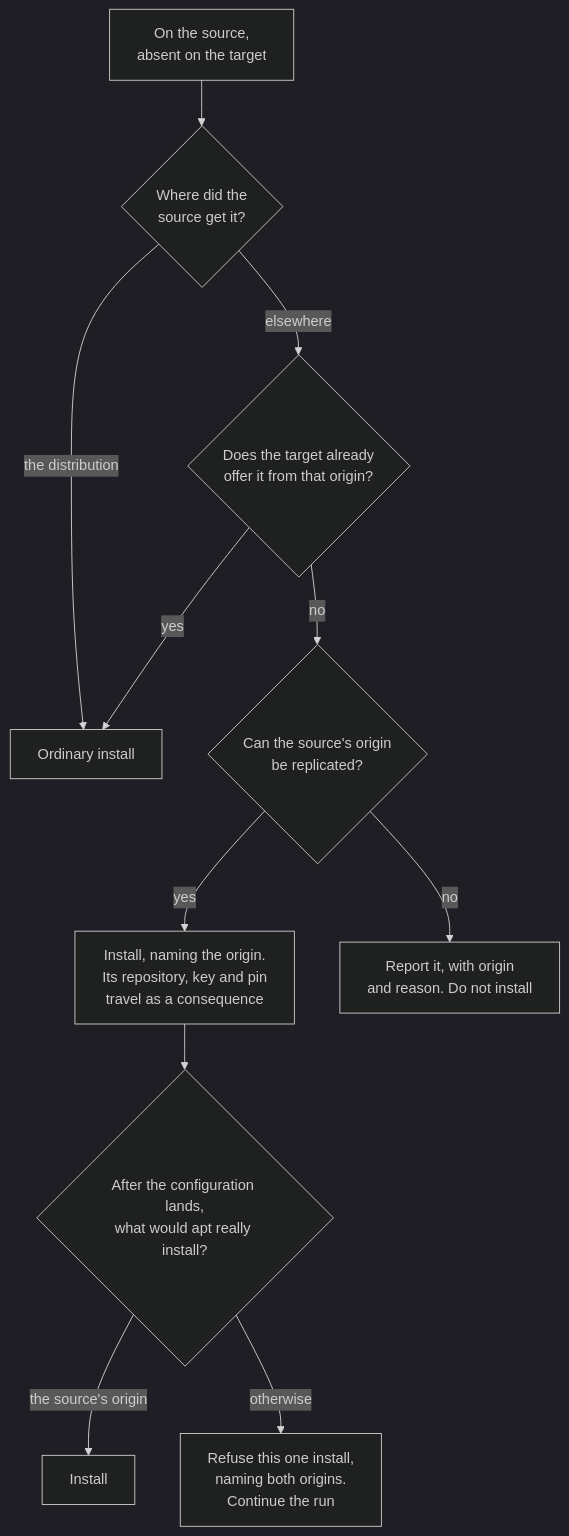
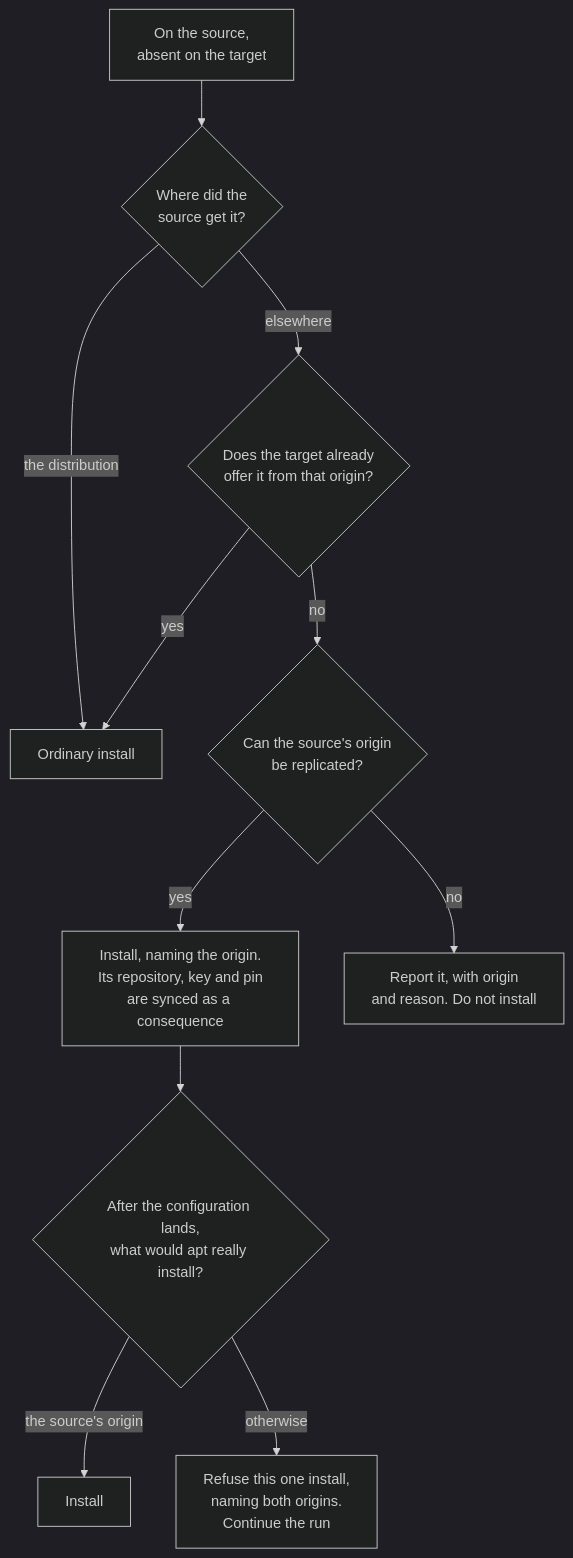
Before and after one commit to flaksit/pc-switcher: the second of 2 diagrams in docs/planning/package-sync-user-requirements.md, drawn with Mermaid (dark theme). The commit also changed other lines of this file and 2 other files, not shown here.

First line of the commit message:
docs(packages): sideloaded snaps ignored entirely; "synced", not "travel"

````diff
--- a/docs/planning/package-sync-user-requirements.md
+++ b/docs/planning/package-sync-user-requirements.md
@@ -111,13 +111,13 @@
 ```mermaid
 flowchart TD
     A["On the source,<br/>absent on the target"] --> B{"Where did the<br/>source get it?"}
     B -->|"the distribution"| C["Ordinary install"]
     B -->|"elsewhere"| D{"Does the target already<br/>offer it from that origin?"}
     D -->|yes| C
     D -->|no| E{"Can the source's origin<br/>be replicated?"}
-    E -->|yes| F["Install, naming the origin.<br/>Its repository, key and pin<br/>travel as a consequence"]
+    E -->|yes| F["Install, naming the origin.<br/>Its repository, key and pin<br/>are synced as a consequence"]
     E -->|no| G["Report it, with origin<br/>and reason. Do not install"]
     F --> H{"After the configuration lands,<br/>what would apt really install?"}
     H -->|"the source's origin"| I["Install"]
     H -->|otherwise| J["Refuse this one install,<br/>naming both origins.<br/>Continue the run"]
 ```
````
